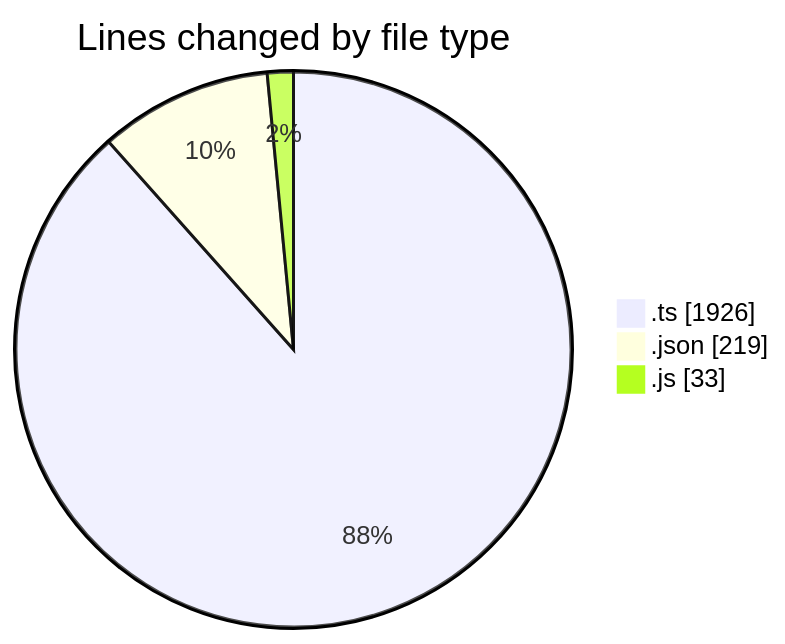
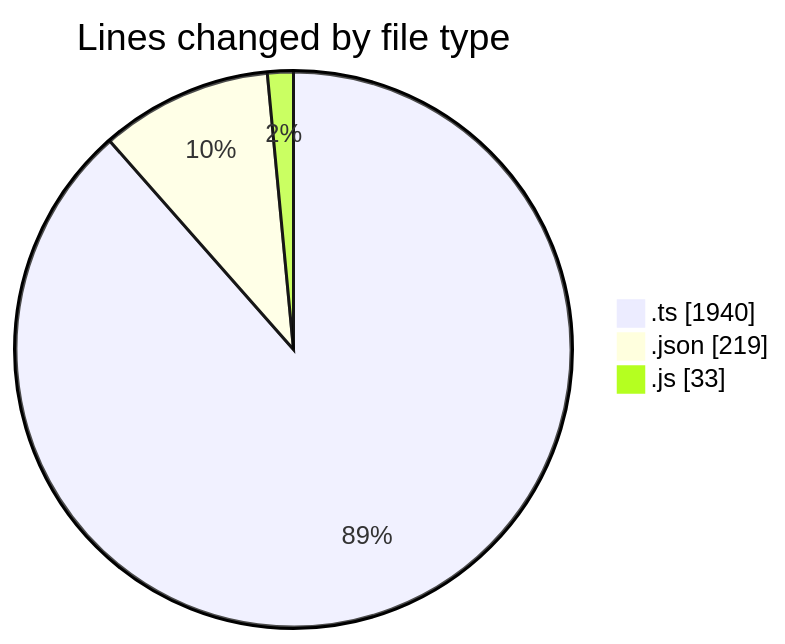
The first of 2 diagrams in 2026-05-28/cda/README.md (momahboobian/code-tracking), drawn with Mermaid before and after one commit. The commit also changed other lines of this file and 1 other file, not shown here.

````diff
--- a/2026-05-28/cda/README.md
+++ b/2026-05-28/cda/README.md
@@ -27,7 +27,7 @@
 ```mermaid
 pie showData
 title Lines changed by file type
-".ts" : 1926
+".ts" : 1940
 ".json" : 219
 ".js" : 33
 ```
````
